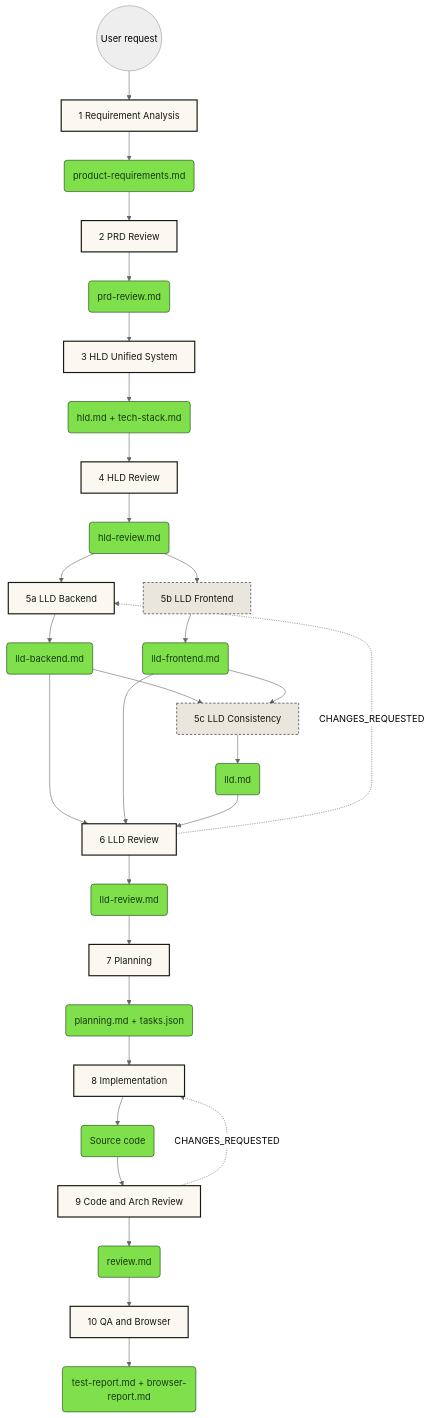
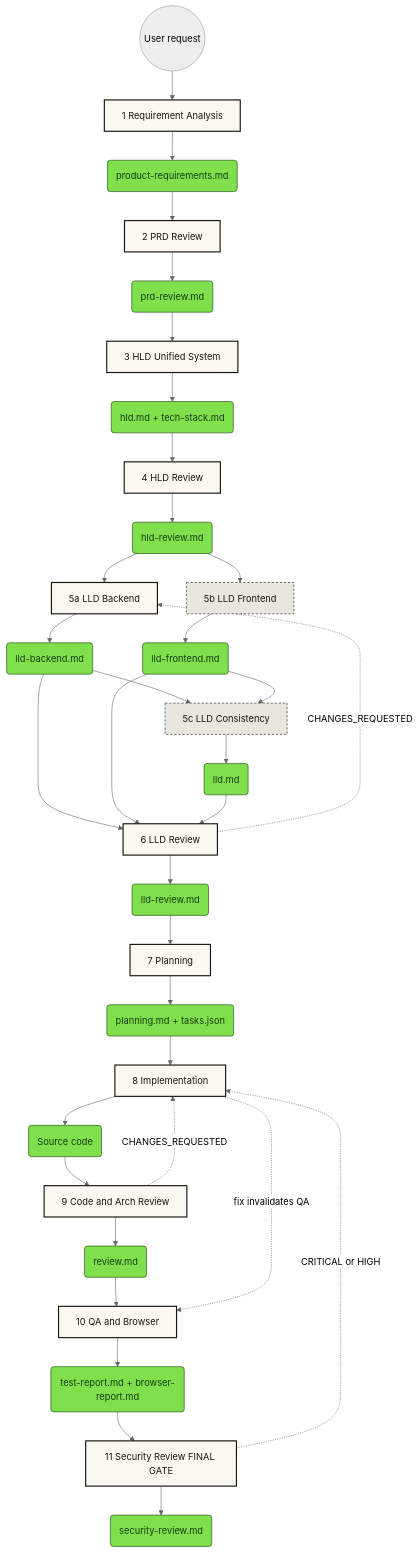
One commit to shriyansh0703/FMS changed the diagram in .ai/README.md. Above: the diagram before and after it, drawn with Mermaid (neutral theme). The commit also changed other lines of this file and 25 other files, not shown here.

````diff
--- a/.ai/README.md
+++ b/.ai/README.md
@@ -44,38 +44,41 @@
 ```mermaid
 graph TD
     classDef stage fill:#faf8f1,stroke:#17180f,stroke-width:2px,color:#17180f
     classDef artifact fill:#7fe04c,stroke:#163b12,stroke-width:1px,color:#163b12
     classDef opt fill:#e8e6dd,stroke:#17180f,stroke-width:1px,color:#17180f,stroke-dasharray: 4 3
 
     User((User request)) --> S1
     S1[1 Requirement Analysis]:::stage --> A1(product-requirements.md):::artifact
     A1 --> S2[2 PRD Review]:::stage --> A2(prd-review.md):::artifact
 
     A2 --> S3[3 HLD Unified System]:::stage
     S3 --> A3(hld.md + tech-stack.md):::artifact
 
     A3 --> S4[4 HLD Review]:::stage
     S4 --> A4(hld-review.md):::artifact
 
     A4 --> S5a[5a LLD Backend]:::stage
     A4 --> S5b[5b LLD Frontend]:::opt
     S5a --> A5a(lld-backend.md):::artifact
     S5b --> A5b(lld-frontend.md):::artifact
 
     A5a --> S5c[5c LLD Consistency]:::opt
     A5b --> S5c
     S5c --> A5c(lld.md):::artifact
 
     A5a --> S6[6 LLD Review]:::stage
     A5b --> S6
     A5c --> S6
     S6 --> A6(lld-review.md):::artifact
 
     A6 --> S7[7 Planning]:::stage --> A7(planning.md + tasks.json):::artifact
     A7 --> S8[8 Implementation]:::stage --> A8(Source code):::artifact
     A8 --> S9[9 Code and Arch Review]:::stage --> A9(review.md):::artifact
     A9 --> S10[10 QA and Browser]:::stage --> A10(test-report.md + browser-report.md):::artifact
+    A10 --> S11[11 Security Review FINAL GATE]:::stage --> A11(security-review.md):::artifact
 
     S6 -.->|CHANGES_REQUESTED| S5a
     S9 -.->|CHANGES_REQUESTED| S8
+    S11 -.->|CRITICAL or HIGH| S8
+    S8 -.->|fix invalidates QA| S10
 ```
````
